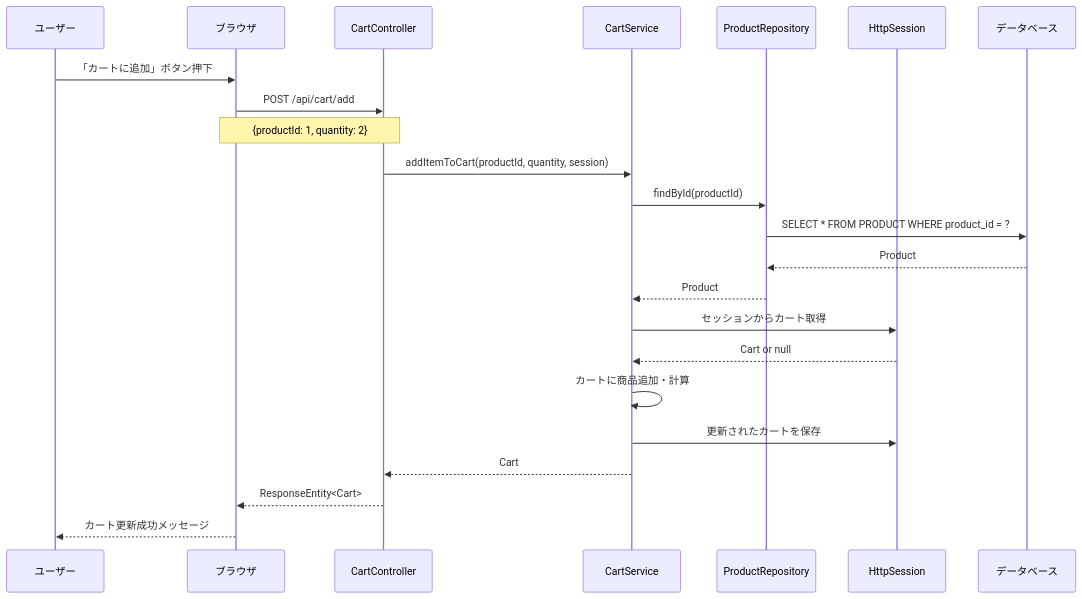
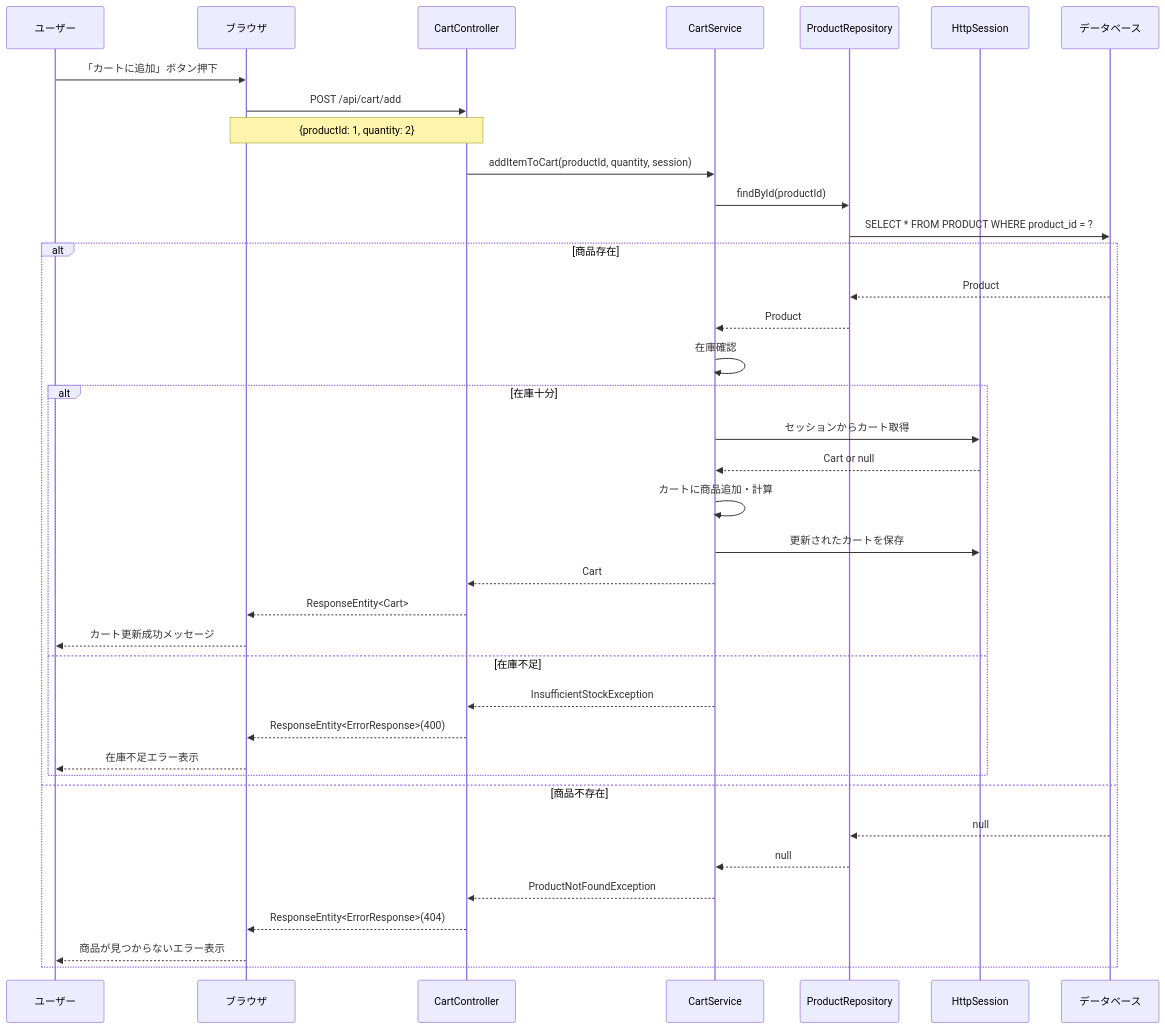
Before and after one commit to shogomaeda758/Bacon: the fifth of 17 diagrams in 詳細設計/3_sequence.md, drawn with Mermaid. The commit also changed other lines of this file, not shown here.

Commit message:
シーケンス図の修正

````diff
--- a/詳細設計/3_sequence.md
+++ b/詳細設計/3_sequence.md
@@ -128,26 +153,42 @@
 ```mermaid
 sequenceDiagram
     participant U as ユーザー
     participant B as ブラウザ
     participant CC as CartController
     participant CS as CartService
     participant PR as ProductRepository
     participant S as HttpSession
     participant DB as データベース
 
     U->>B: 「カートに追加」ボタン押下
     B->>CC: POST /api/cart/add
     Note over B,CC: {productId: 1, quantity: 2}
     CC->>CS: addItemToCart(productId, quantity, session)
     CS->>PR: findById(productId)
     PR->>DB: SELECT * FROM PRODUCT WHERE product_id = ?
-    DB-->>PR: Product
-    PR-->>CS: Product
-    CS->>S: セッションからカート取得
-    S-->>CS: Cart or null
-    CS->>CS: カートに商品追加・計算
-    CS->>S: 更新されたカートを保存
-    CS-->>CC: Cart
-    CC-->>B: ResponseEntity<Cart>
-    B-->>U: カート更新成功メッセージ
+    
+    alt 商品存在
+        DB-->>PR: Product
+        PR-->>CS: Product
+        CS->>CS: 在庫確認
+        alt 在庫十分
+            CS->>S: セッションからカート取得
+            S-->>CS: Cart or null
+            CS->>CS: カートに商品追加・計算
+            CS->>S: 更新されたカートを保存
+            CS-->>CC: Cart
+            CC-->>B: ResponseEntity<Cart>
+            B-->>U: カート更新成功メッセージ
+        else 在庫不足
+            CS-->>CC: InsufficientStockException
+            CC-->>B: ResponseEntity<ErrorResponse>(400)
+            B-->>U: 在庫不足エラー表示
+        end
+    else 商品不存在
+        DB-->>PR: null
+        PR-->>CS: null
+        CS-->>CC: ProductNotFoundException
+        CC-->>B: ResponseEntity<ErrorResponse>(404)
+        B-->>U: 商品が見つからないエラー表示
+    end
 ```
````
